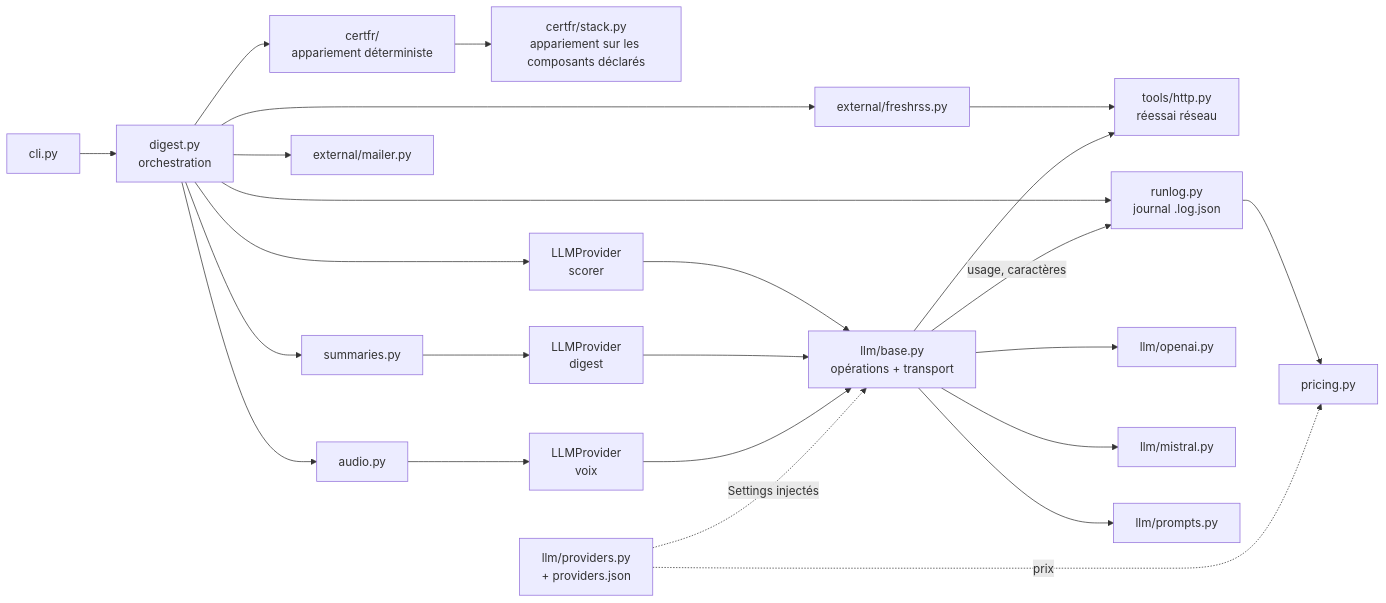
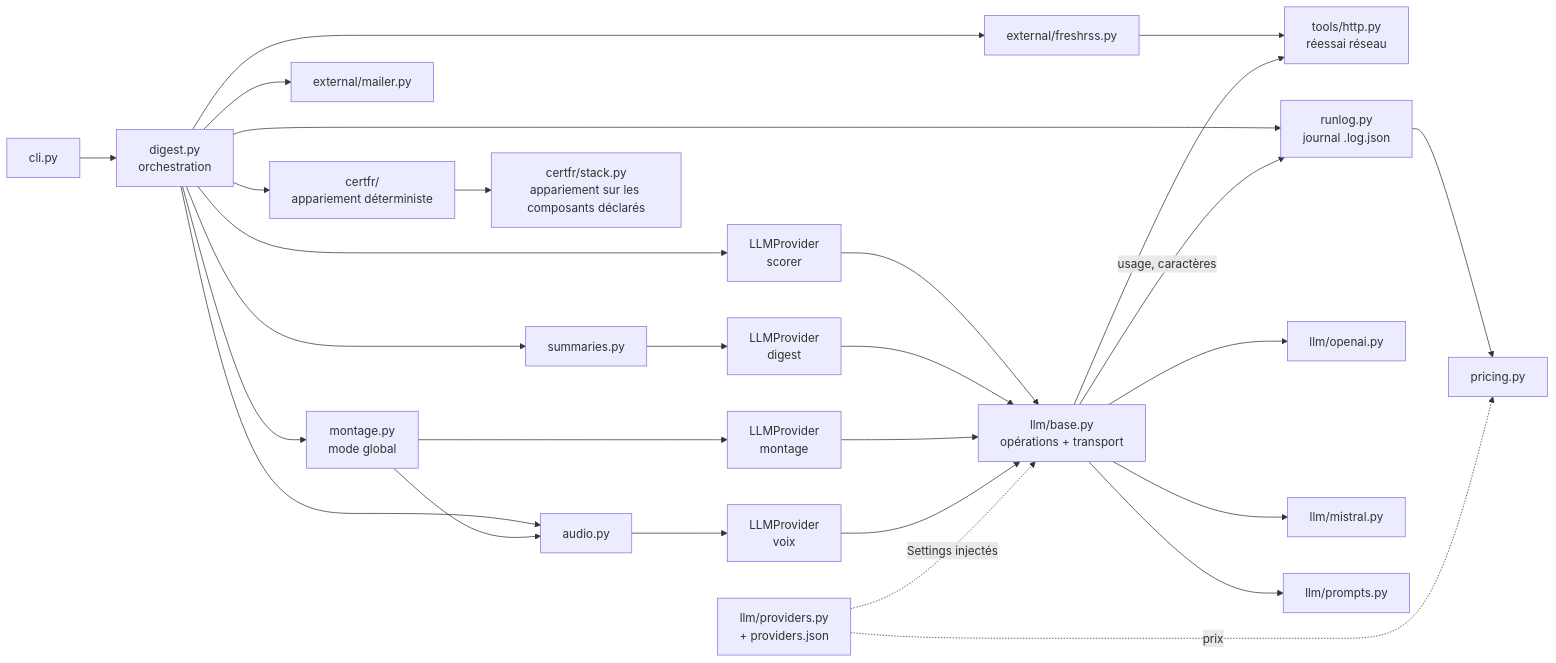
The second of 2 diagrams in FONCTIONNEMENT.md (odrix/RSSResume), drawn with Mermaid before and after one commit. The commit also changed other lines of this file and 1 other file, not shown here.

First line of the commit message:
docs: documenter le mode audio global

````diff
--- a/FONCTIONNEMENT.md
+++ b/FONCTIONNEMENT.md
@@ -1010,24 +1163,27 @@
 ```mermaid
 flowchart LR
     CLI[cli.py] --> DIG[digest.py<br/>orchestration]
     DIG --> FR[external/freshrss.py]
     FR --> HTTP[tools/http.py<br/>réessai réseau]
     DIG --> SU[summaries.py]
+    DIG --> MO[montage.py<br/>mode global]
     DIG --> AU[audio.py]
+    MO --> AU
     DIG --> MA[external/mailer.py]
     DIG --> RL[runlog.py<br/>journal .log.json]
     DIG --> CF[certfr/<br/>appariement déterministe]
     CF --> STK[certfr/stack.py<br/>appariement sur les composants déclarés]
     DIG --> SC[LLMProvider<br/>scorer]
     SU --> LLMP[LLMProvider<br/>digest]
+    MO --> LLMM[LLMProvider<br/>montage]
     AU --> TTS[LLMProvider<br/>voix]
-    SC & LLMP & TTS --> BASE[llm/base.py<br/>opérations + transport]
+    SC & LLMP & LLMM & TTS --> BASE[llm/base.py<br/>opérations + transport]
     BASE --> OAI[llm/openai.py]
     BASE --> MIS[llm/mistral.py]
     BASE --> PRO[llm/prompts.py]
     BASE --> HTTP
     BASE -->|usage, caractères| RL
     CFG[llm/providers.py<br/>+ providers.json] -.->|Settings injectés| BASE
     RL --> PRI[pricing.py]
     CFG -.->|prix| PRI
 ```
````
